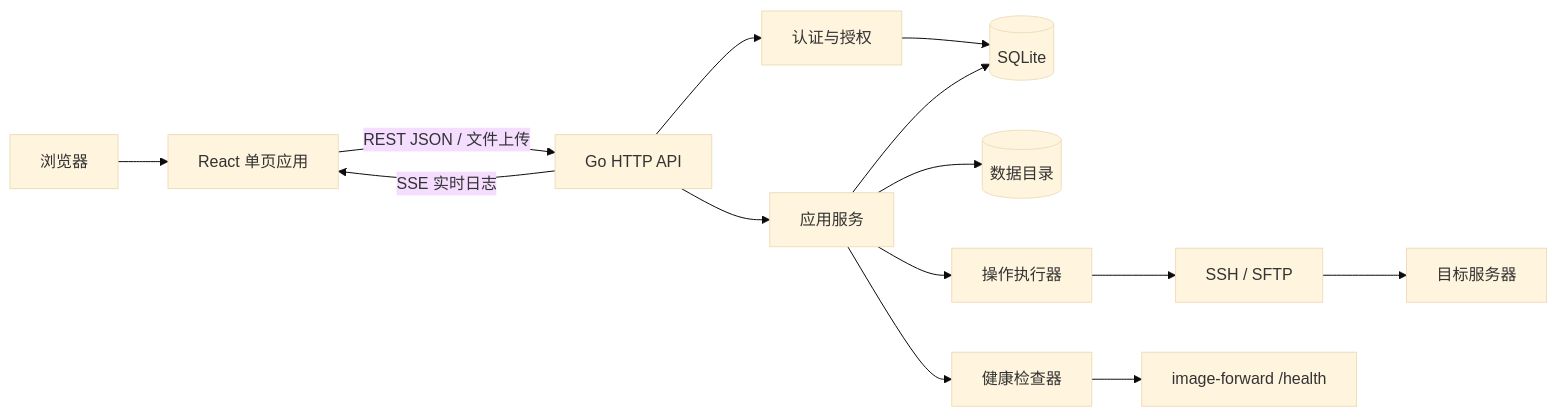
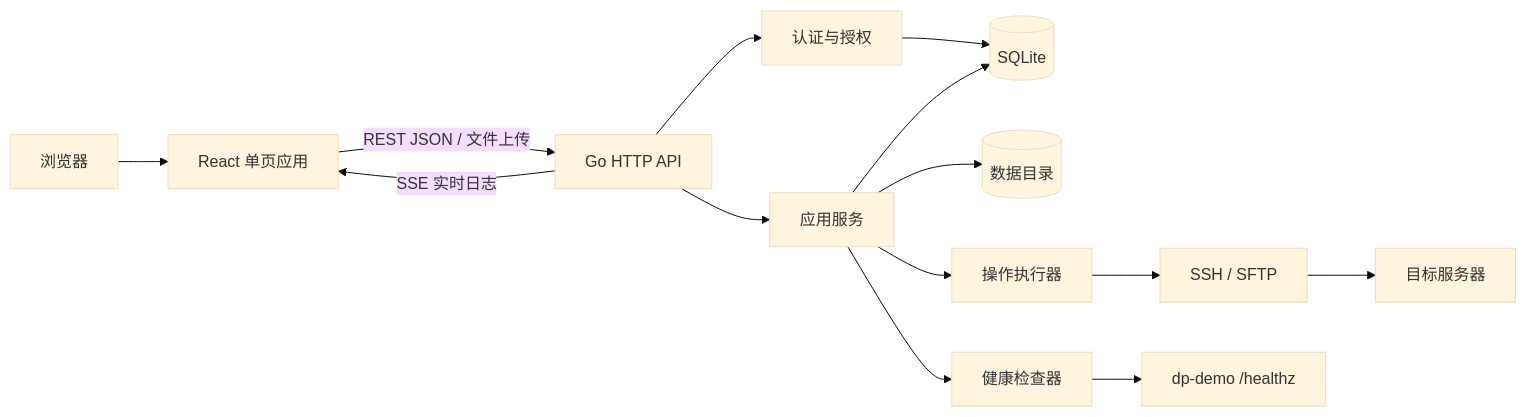
Before and after one commit to ymouzhang/DeploymentPlatform: the first of 4 diagrams in docs/architecture.md, drawn with Mermaid (base theme). The commit also changed other lines of this file and 24 other files, not shown here.

````diff
--- a/docs/architecture.md
+++ b/docs/architecture.md
@@ -24,29 +24,29 @@
 ```mermaid
 flowchart LR
     U[浏览器]
     FE[React 单页应用]
     API[Go HTTP API]
     AUTH[认证与授权]
     APP[应用服务]
     OPS[操作执行器]
     HC[健康检查器]
     DB[(SQLite)]
     FS[(数据目录)]
     SSH[SSH / SFTP]
     REMOTE[目标服务器]
-    HEALTH[image-forward /health]
+    HEALTH[dp-demo /healthz]
 
     U --> FE
     FE -->|REST JSON / 文件上传| API
     API -->|SSE 实时日志| FE
     API --> AUTH
     AUTH --> DB
     API --> APP
     APP --> DB
     APP --> FS
     APP --> OPS
     APP --> HC
     OPS --> SSH
     SSH --> REMOTE
     HC --> HEALTH
 ```
````
